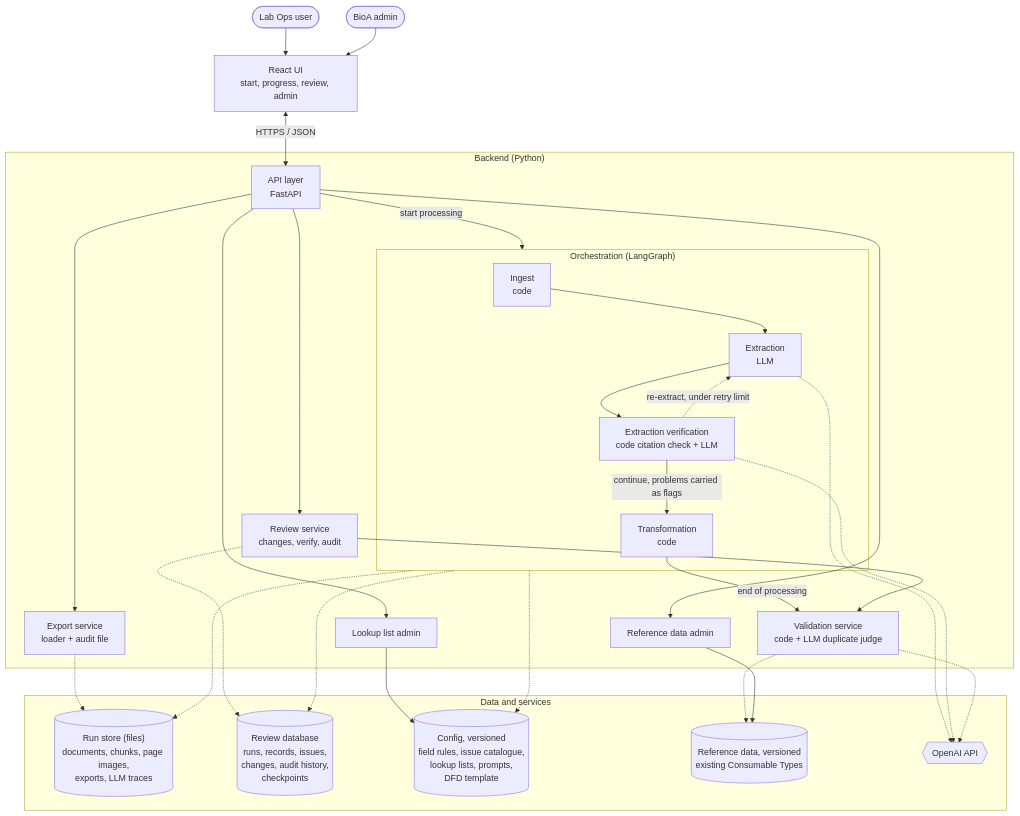
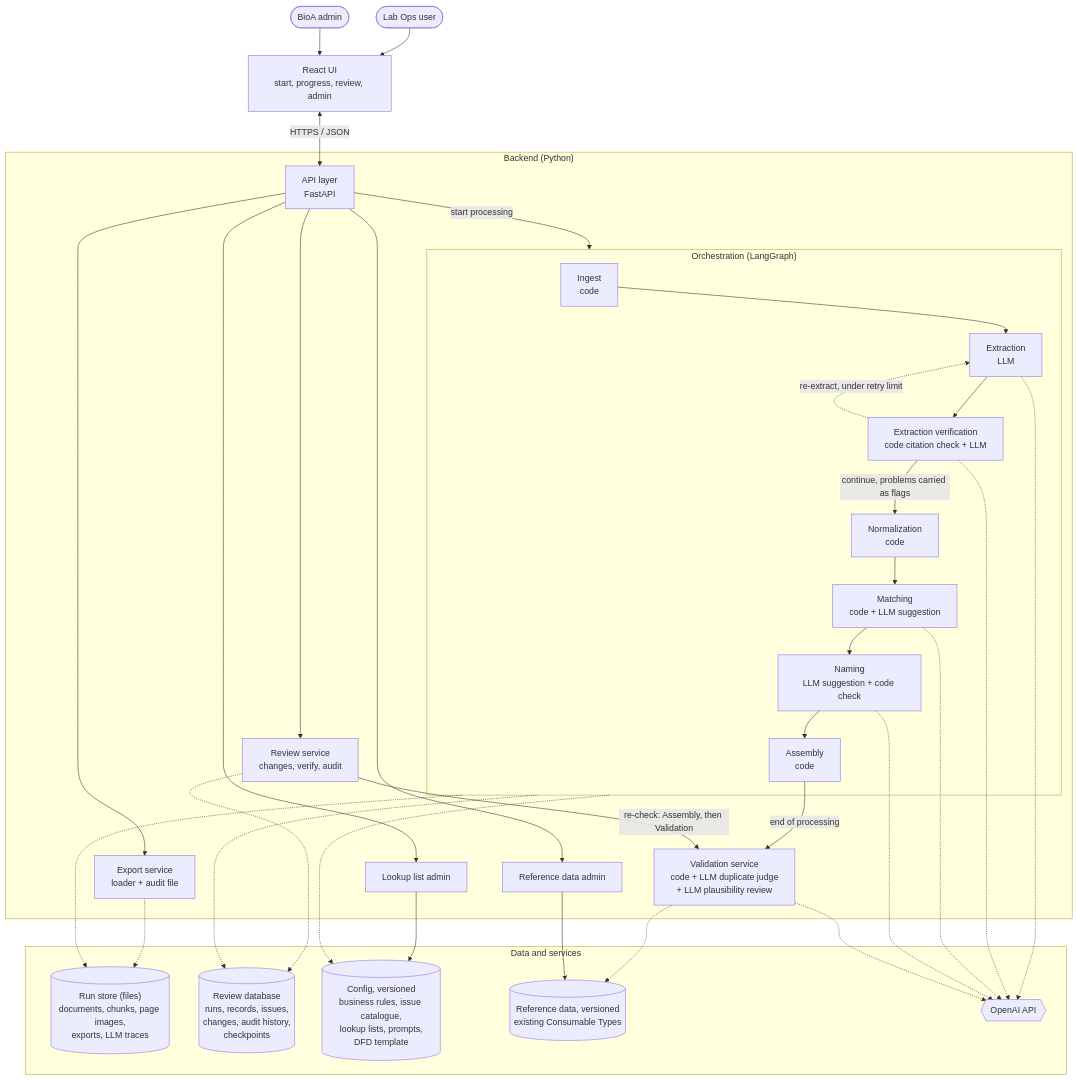
Before and after one commit to sbankesCC/BIOA_LIMS_MD_TOOL: the first of 2 diagrams in docs/ARCHITECTURE.md, drawn with Mermaid. The commit also changed other lines of this file and 11 other files, not shown here.

First line of the commit message:
Start the pipeline redesign: plan, business rules and specs (M1)

````diff
--- a/docs/ARCHITECTURE.md
+++ b/docs/ARCHITECTURE.md
@@ -58,54 +61,60 @@
 ```mermaid
 flowchart TB
     user(["Lab Ops user"])
     admin(["BioA admin"])
     ui["React UI<br/>start, progress, review, admin"]
     user --> ui
     admin --> ui
 
     subgraph backend["Backend (Python)"]
         api["API layer<br/>FastAPI"]
         subgraph orch["Orchestration (LangGraph)"]
             ingest["Ingest<br/>code"]
             extract["Extraction<br/>LLM"]
             everify["Extraction verification<br/>code citation check + LLM"]
-            transform["Transformation<br/>code"]
+            normalize["Normalization<br/>code"]
+            matching["Matching<br/>code + LLM suggestion"]
+            naming["Naming<br/>LLM suggestion + code check"]
+            assembly["Assembly<br/>code"]
             ingest --> extract --> everify
-            everify -->|"continue, problems carried as flags"| transform
+            everify -->|"continue, problems carried as flags"| normalize
             everify -.->|"re-extract, under retry limit"| extract
+            normalize --> matching --> naming --> assembly
         end
-        validate["Validation service<br/>code + LLM duplicate judge"]
+        validate["Validation service<br/>code + LLM duplicate judge<br/>+ LLM plausibility review"]
         review["Review service<br/>changes, verify, audit"]
         export["Export service<br/>loader + audit file"]
         listadmin["Lookup list admin"]
         refadmin["Reference data admin"]
         api -->|"start processing"| orch
-        transform -->|"end of processing"| validate
+        assembly -->|"end of processing"| validate
         api --> review
-        review --> validate
+        review -->|"re-check: Assembly, then Validation"| validate
         api --> export
         api --> listadmin
         api --> refadmin
     end
 
     subgraph stores["Data and services"]
         runs[("Run store (files)<br/>documents, chunks, page images,<br/>exports, LLM traces")]
         db[("Review database<br/>runs, records, issues,<br/>changes, audit history,<br/>checkpoints")]
-        config[("Config, versioned<br/>field rules, issue catalogue,<br/>lookup lists, prompts,<br/>DFD template")]
+        config[("Config, versioned<br/>business rules, issue catalogue,<br/>lookup lists, prompts,<br/>DFD template")]
         ref[("Reference data, versioned<br/>existing Consumable Types")]
         llm{{"OpenAI API"}}
     end
 
     ui <-->|"HTTPS / JSON"| api
     extract -.-> llm
     everify -.-> llm
+    matching -.-> llm
+    naming -.-> llm
     validate -.-> llm
     orch -.-> runs
     orch -.-> db
     review -.-> db
     orch -.-> config
     validate -.-> ref
     export -.-> runs
     listadmin --> config
     refadmin --> ref
 ```
````
